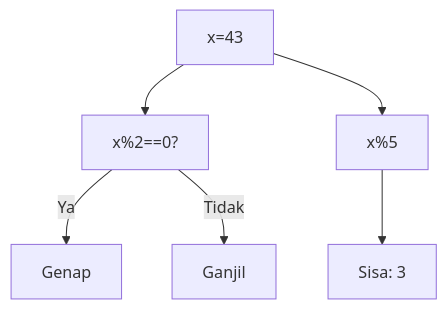
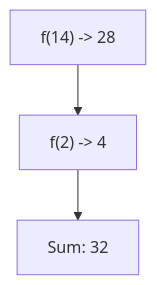
The seventh of 25 diagrams in part-c-pemahaman-cpp/04-fungsi/latihan/set-10.md (amnahwaida/OSNK_INF_PREP), drawn with Mermaid before and after one commit. The commit also changed other lines of this file and 71 other files, not shown here.

````diff
--- a/part-c-pemahaman-cpp/04-fungsi/latihan/set-10.md
+++ b/part-c-pemahaman-cpp/04-fungsi/latihan/set-10.md
@@ -287,8 +179,5 @@
 ```mermaid
 graph TD
-A["x=43"] --> B["x%2==0?"]
-B -- Ya --> C["Genap"]
-B -- Tidak --> D["Ganjil"]
-A --> E["x%5"]
-E --> F["Sisa: 3"]
+A["f(14) -> 28"] --> B["f(2) -> 4"]
+B --> C["Sum: 32"]
 ```
````
